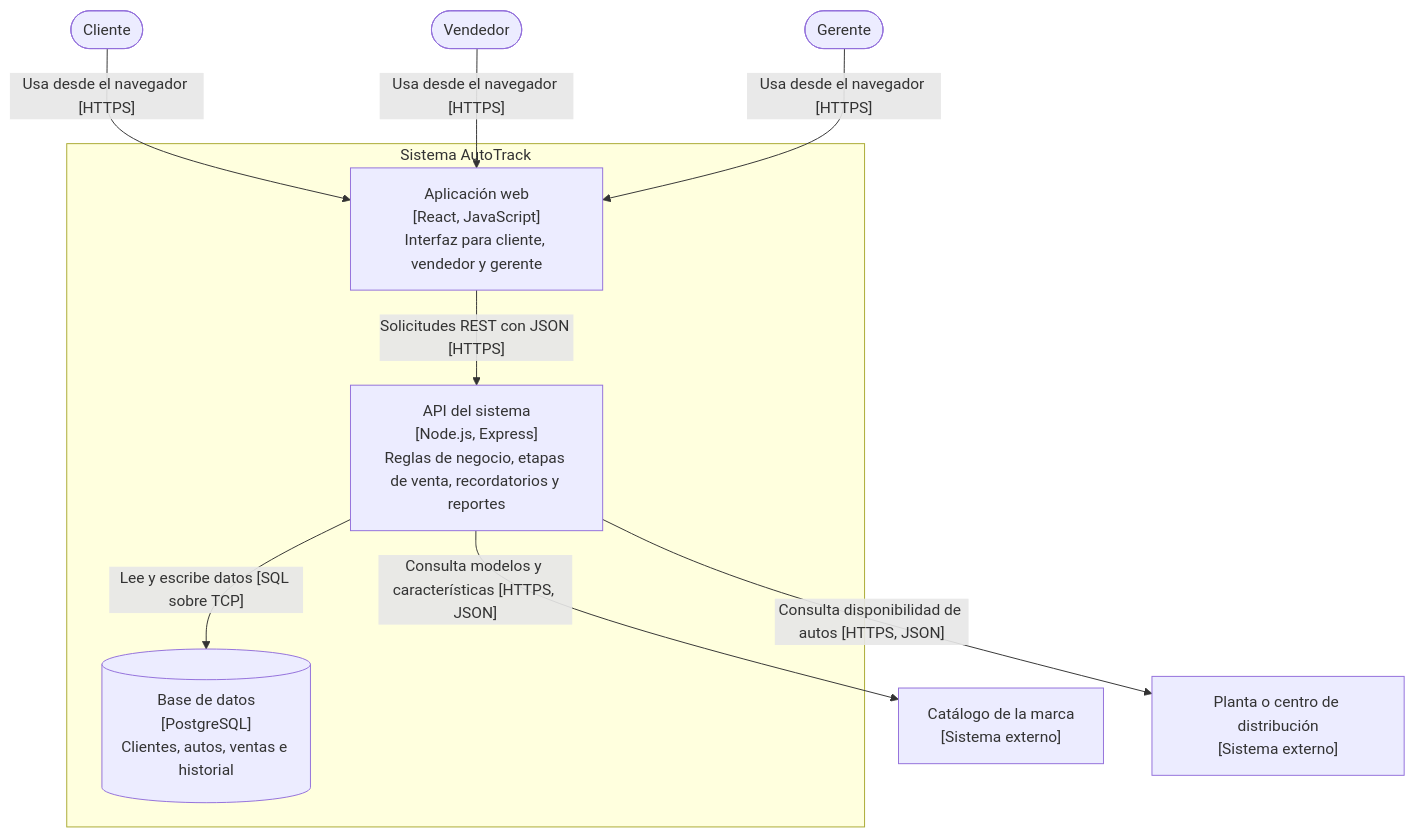
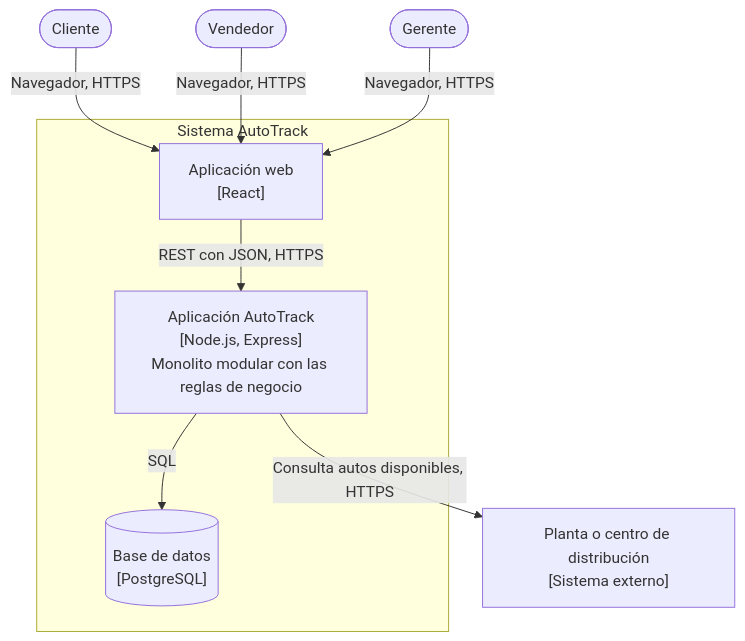
The second of 3 diagrams in docs/semana-11-diagramas.md (camils26/auto-tracker), drawn with Mermaid before and after one commit. The commit also changed other lines of this file, not shown here.

````diff
--- a/docs/semana-11-diagramas.md
+++ b/docs/semana-11-diagramas.md
@@ -32,24 +19,21 @@
 ```mermaid
 flowchart TB
     Cliente(["Cliente"])
     Vendedor(["Vendedor"])
     Gerente(["Gerente"])
 
     subgraph AutoTrack["Sistema AutoTrack"]
-        Web["Aplicación web<br/>[React, JavaScript]<br/>Interfaz para cliente, vendedor y gerente"]
-        API["API del sistema<br/>[Node.js, Express]<br/>Reglas de negocio, etapas de venta, recordatorios y reportes"]
-        BD[("Base de datos<br/>[PostgreSQL]<br/>Clientes, autos, ventas e historial")]
+        Web["Aplicación web<br/>[React]"]
+        App["Aplicación AutoTrack<br/>[Node.js, Express]<br/>Monolito modular con las reglas de negocio"]
+        BD[("Base de datos<br/>[PostgreSQL]")]
     end
 
-    Marca["Catálogo de la marca<br/>[Sistema externo]"]
     Planta["Planta o centro de distribución<br/>[Sistema externo]"]
 
-    Cliente -->|"Usa desde el navegador [HTTPS]"| Web
-    Vendedor -->|"Usa desde el navegador [HTTPS]"| Web
-    Gerente -->|"Usa desde el navegador [HTTPS]"| Web
-
-    Web -->|"Solicitudes REST con JSON [HTTPS]"| API
-    API -->|"Lee y escribe datos [SQL sobre TCP]"| BD
-    API -->|"Consulta modelos y características [HTTPS, JSON]"| Marca
-    API -->|"Consulta disponibilidad de autos [HTTPS, JSON]"| Planta
+    Cliente -->|"Navegador, HTTPS"| Web
+    Vendedor -->|"Navegador, HTTPS"| Web
+    Gerente -->|"Navegador, HTTPS"| Web
+    Web -->|"REST con JSON, HTTPS"| App
+    App -->|"SQL"| BD
+    App -->|"Consulta autos disponibles, HTTPS"| Planta
 ```
````
